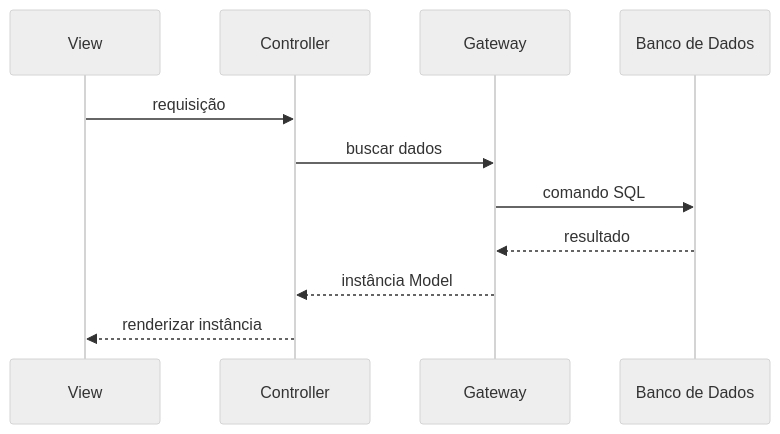
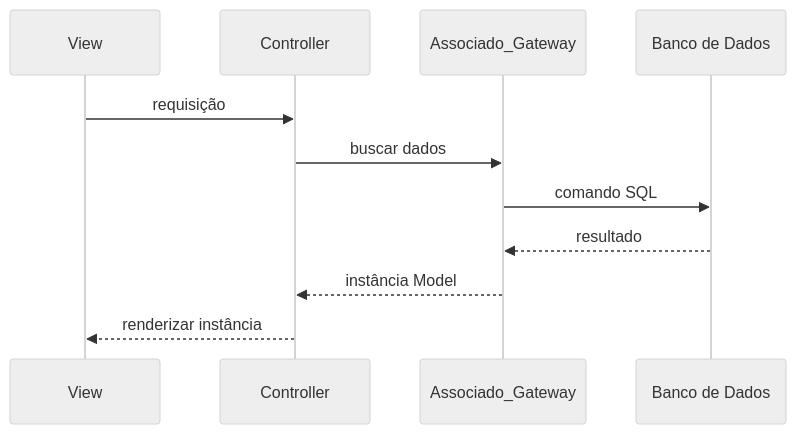
The third of 4 diagrams in README.md (nori-marcos/clubeEsportivo), drawn with Mermaid (neutral theme) before and after one commit. The commit also changed other lines of this file and 5 other files, not shown here.

````diff
--- a/README.md
+++ b/README.md
@@ -188,9 +188,9 @@
 ```mermaid
 sequenceDiagram
     View ->> Controller: requisição
-    Controller ->> Gateway: buscar dados
-    Gateway ->> Banco de Dados: comando SQL
-    Banco de Dados -->> Gateway: resultado
-    Gateway -->> Controller: instância Model
+    Controller ->> Associado_Gateway: buscar dados
+    Associado_Gateway ->> Banco de Dados: comando SQL
+    Banco de Dados -->> Associado_Gateway: resultado
+    Associado_Gateway -->> Controller: instância Model
     Controller -->> View: renderizar instância
 ```
````
